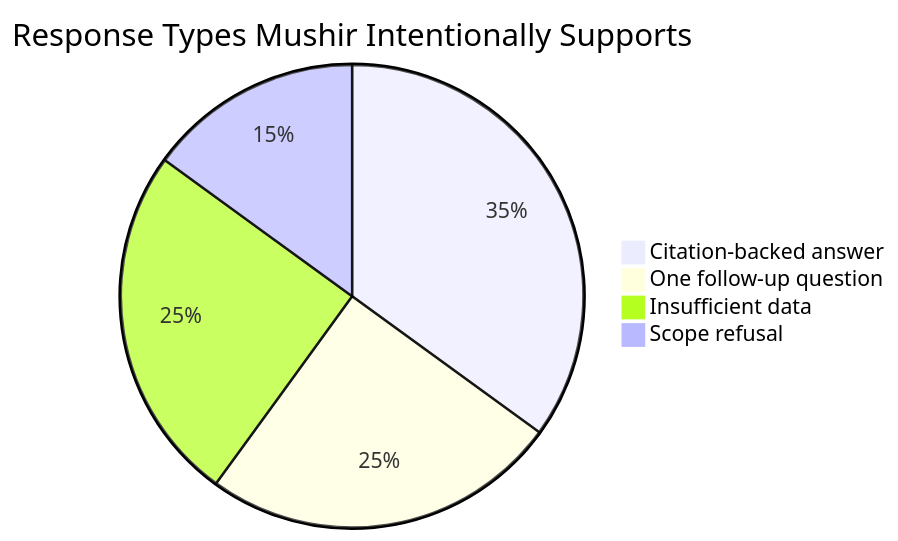
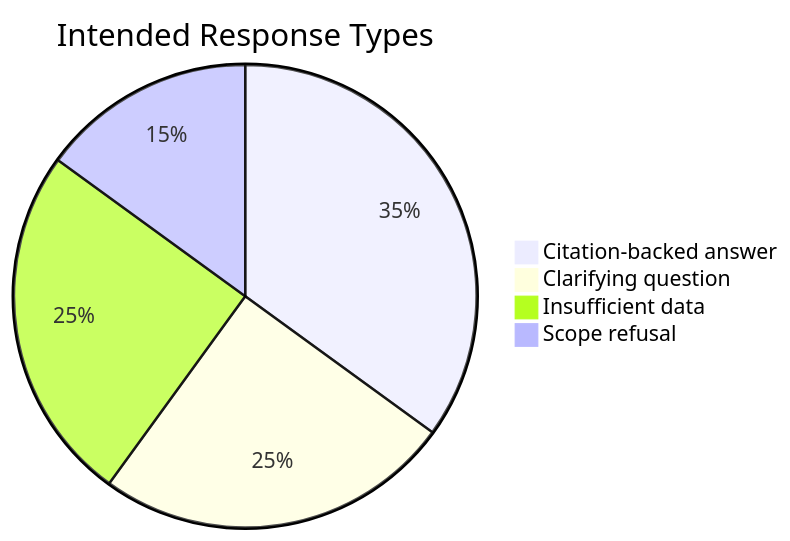
One commit to AhmedTElKodsh/Mushir-Sharia-Bot changed the second of 4 diagrams in docs/client-plain-language-logic.md. Above: the diagram before and after it, drawn with Mermaid. The commit also changed other lines of this file and 26 other files, not shown here.

````diff
--- a/docs/client-plain-language-logic.md
+++ b/docs/client-plain-language-logic.md
@@ -49,7 +102,7 @@
 ```mermaid
-pie title Response Types Mushir Intentionally Supports
+pie title Intended Response Types
     "Citation-backed answer" : 35
-    "One follow-up question" : 25
+    "Clarifying question" : 25
     "Insufficient data" : 25
     "Scope refusal" : 15
 ```
````
